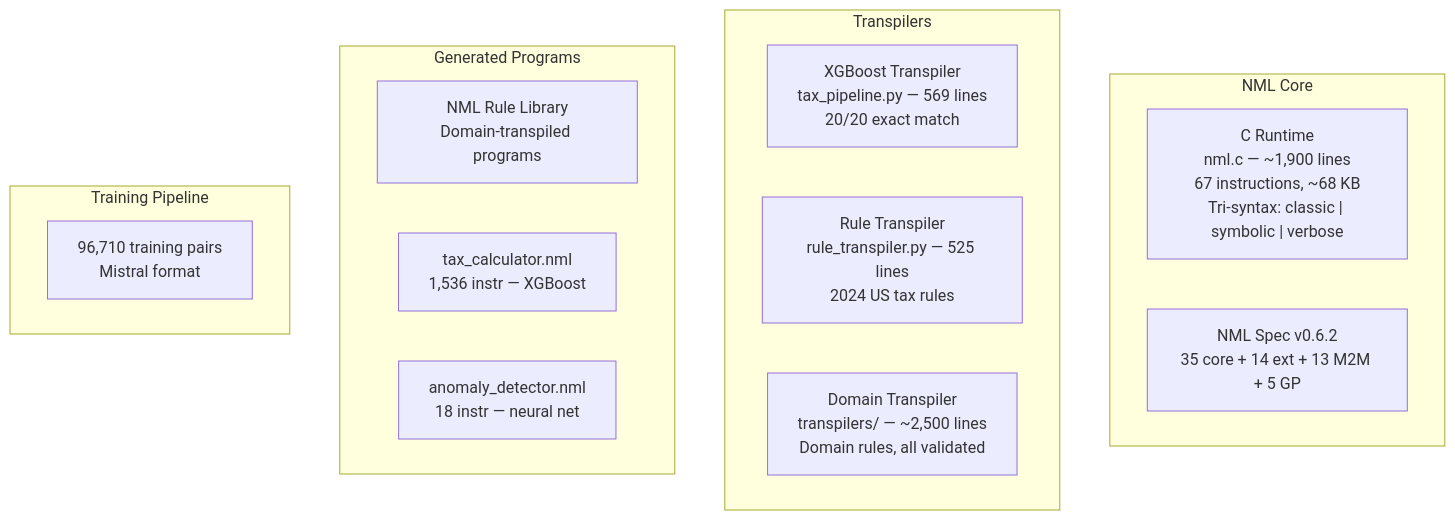
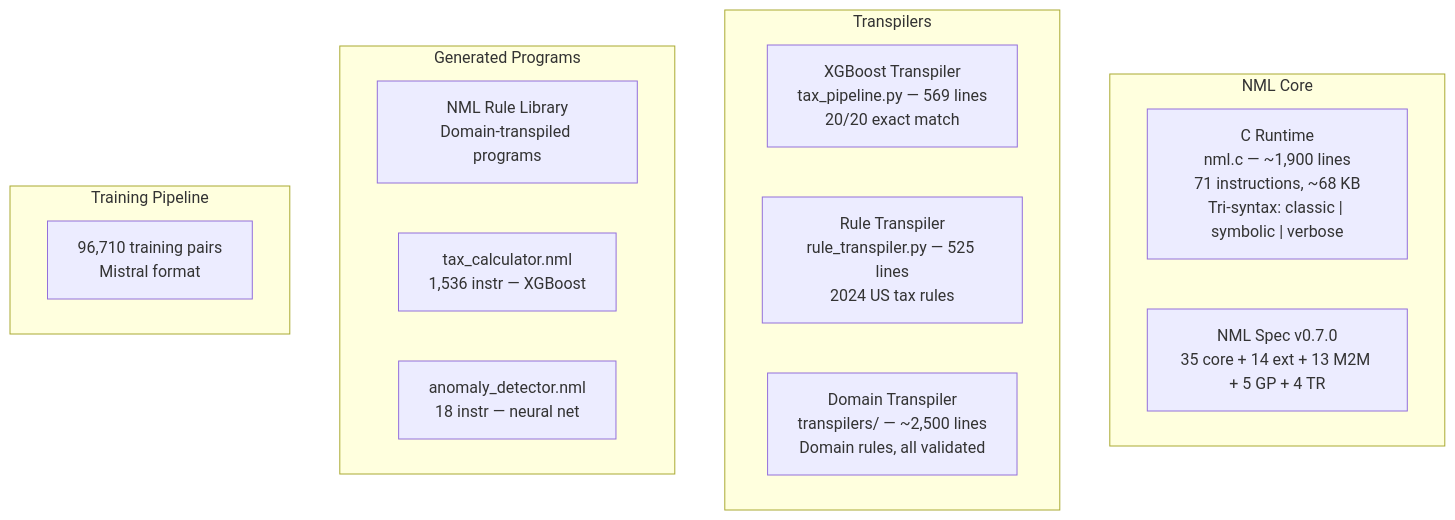
The sixth of 6 diagrams in docs/NML_Implementation_Document.md (dnamaz/nml), drawn with Mermaid before and after one commit. The commit also changed other lines of this file and 6 other files, not shown here.

````diff
--- a/docs/NML_Implementation_Document.md
+++ b/docs/NML_Implementation_Document.md
@@ -302,23 +302,23 @@
 ```mermaid
 flowchart TD
     subgraph core [NML Core]
-        Runtime["C Runtime\nnml.c — ~1,900 lines\n67 instructions, ~68 KB\nTri-syntax: classic | symbolic | verbose"]
-        Spec["NML Spec v0.6.2\n35 core + 14 ext + 13 M2M + 5 GP"]
+        Runtime["C Runtime\nnml.c — ~1,900 lines\n71 instructions, ~68 KB\nTri-syntax: classic | symbolic | verbose"]
+        Spec["NML Spec v0.7.0\n35 core + 14 ext + 13 M2M + 5 GP + 4 TR"]
     end
 
     subgraph transpilers [Transpilers]
         XGB["XGBoost Transpiler\ntax_pipeline.py — 569 lines\n20/20 exact match"]
         Rules["Rule Transpiler\nrule_transpiler.py — 525 lines\n2024 US tax rules"]
         Domain["Domain Transpiler\ntranspilers/ — ~2,500 lines\nDomain rules, all validated"]
     end
 
     subgraph programs [Generated Programs]
         Library["NML Rule Library\nDomain-transpiled programs"]
         P1["tax_calculator.nml\n1,536 instr — XGBoost"]
         P6["anomaly_detector.nml\n18 instr — neural net"]
     end
 
     subgraph training [Training Pipeline]
         T1["96,710 training pairs\nMistral format"]
     end
 ```
````
